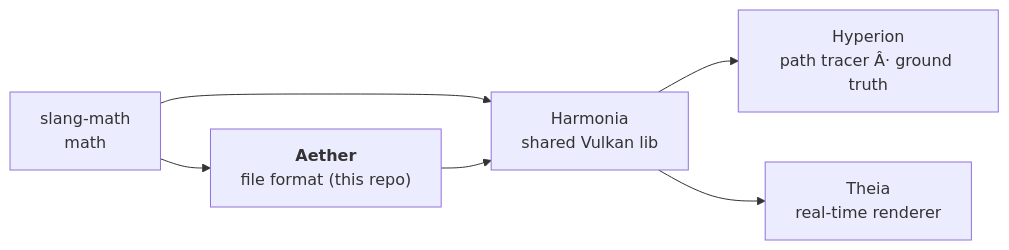
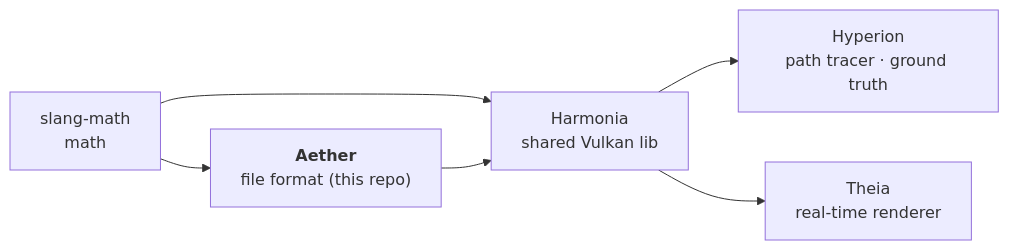
Before and after one commit to McNopper/Aether: the diagram in AGENTS.md, drawn with Mermaid. The commit also changed other lines of this file and 1 other file, not shown here.

Commit message:
docs: encoding repair + architecture-gate comment rewording

````diff
--- a/AGENTS.md
+++ b/AGENTS.md
@@ -17,8 +17,8 @@
 ```mermaid
 flowchart LR
     SM["slang-math<br/>math"] --> A["<b>Aether</b><br/>file format (this repo)"]
     SM --> H
     A --> H["Harmonia<br/>shared Vulkan lib"]
-    H --> Hy["Hyperion<br/>path tracer Â· ground truth"]
+    H --> Hy["Hyperion<br/>path tracer · ground truth"]
     H --> T["Theia<br/>real-time renderer"]
 ```
````
